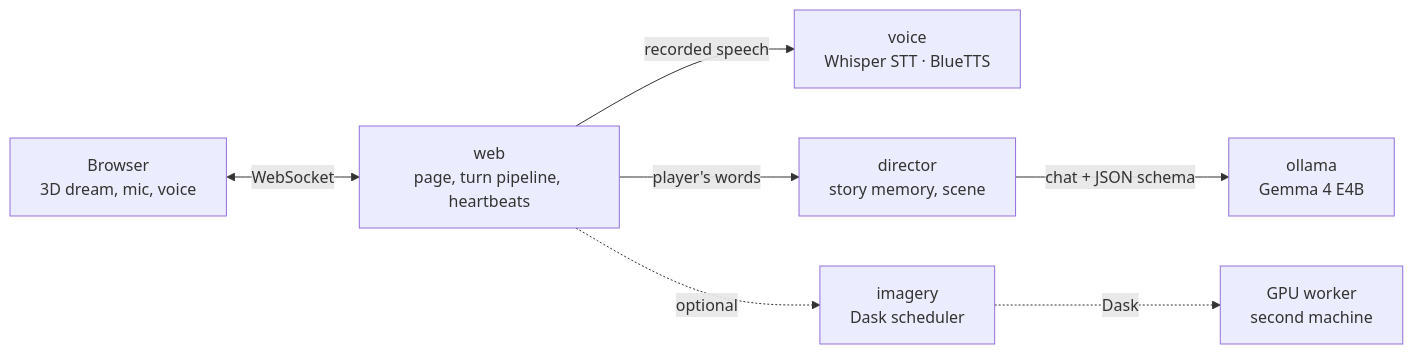
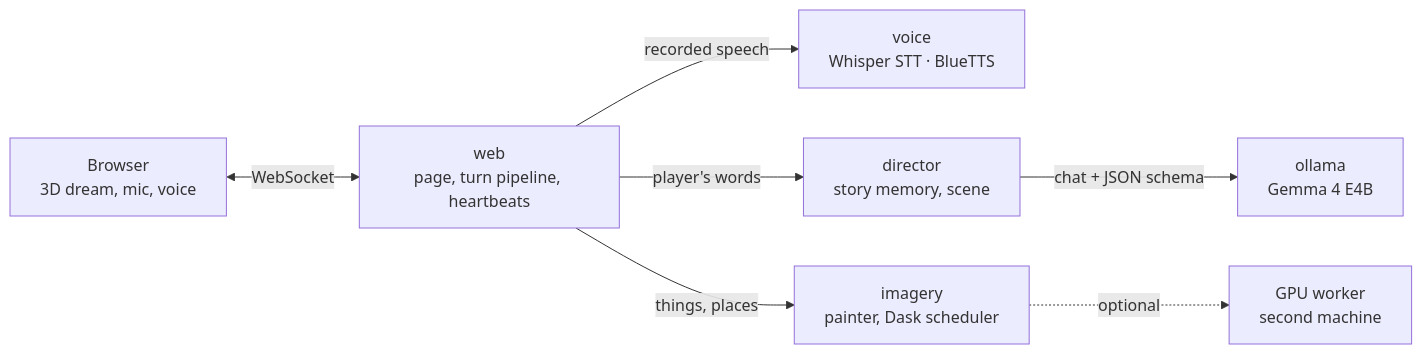
One commit to efidvir/DreamScape changed the diagram in README.md. Above: the diagram before and after it, drawn with Mermaid. The commit also changed other lines of this file and 23 other files, not shown here.

First line of the commit message:
Paint the dream: brush strokes, painted things and painted places

````diff
--- a/README.md
+++ b/README.md
@@ -9,9 +9,9 @@
 ```mermaid
 flowchart LR
   B["Browser<br/>3D dream, mic, voice"] <-- WebSocket --> W["web<br/>page, turn pipeline, heartbeats"]
   W -- "recorded speech" --> V["voice<br/>Whisper STT · BlueTTS"]
   W -- "player's words" --> D["director<br/>story memory, scene"]
   D -- "chat + JSON schema" --> O["ollama<br/>Gemma 4 E4B"]
-  W -. "optional" .-> I["imagery<br/>Dask scheduler"]
-  I -. "Dask" .-> G["GPU worker<br/>second machine"]
+  W -- "things, places" --> I["imagery<br/>painter, Dask scheduler"]
+  I -. "optional" .-> G["GPU worker<br/>second machine"]
 ```
````
